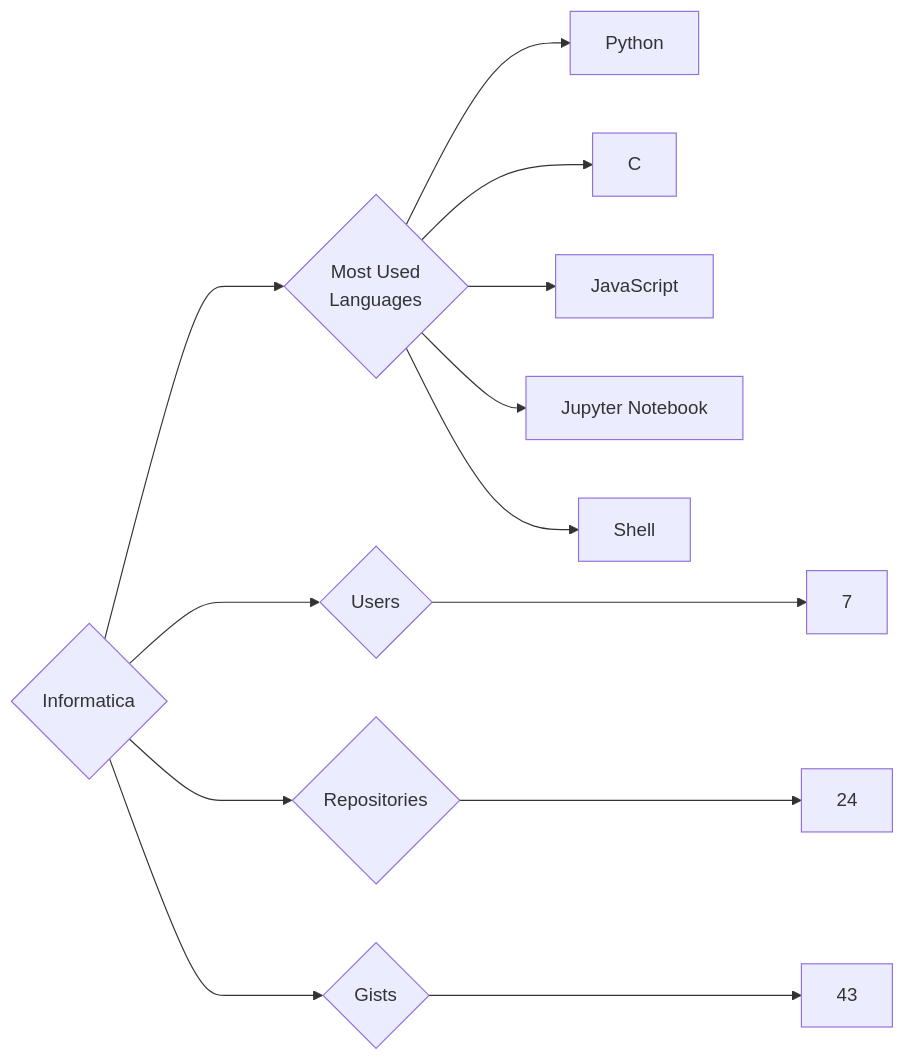
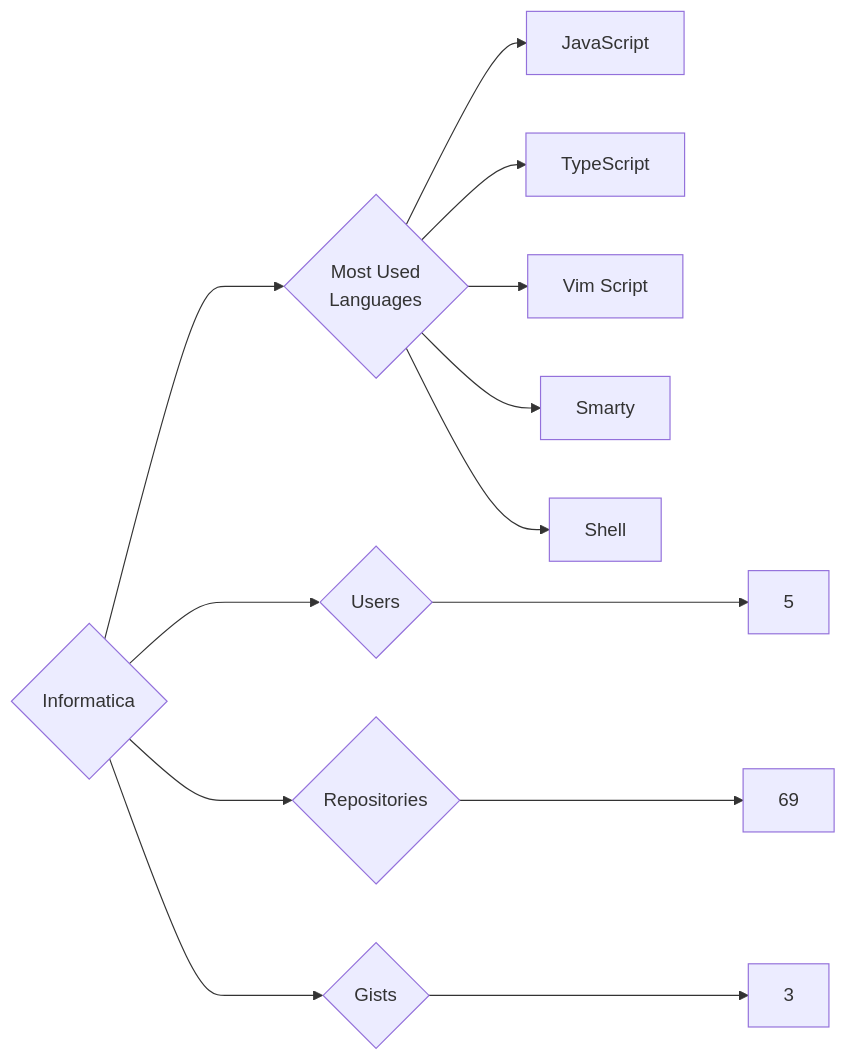
The diagram in targets/Informatica/README.md (trickest/insiders), drawn with Mermaid before and after one commit. The commit also changed 1007 other files, not shown here.

````diff
--- a/targets/Informatica/README.md
+++ b/targets/Informatica/README.md
@@ -3,13 +3,13 @@
 ```mermaid
 graph LR
 COMPANY_NAME{Informatica}
-COMPANY_NAME ---> U{Users} ---> UN[7]
-COMPANY_NAME ---> R{Repositories} ---> RN[24]
-COMPANY_NAME ---> G{Gists} ---> GN[43]
+COMPANY_NAME ---> U{Users} ---> UN[5]
+COMPANY_NAME ---> R{Repositories} ---> RN[69]
+COMPANY_NAME ---> G{Gists} ---> GN[3]
 COMPANY_NAME ---> ML{Most Used<br>Languages}
-ML --> Python[Python]
-ML --> C[C]
 ML --> JavaScript[JavaScript]
-ML --> Jupyter_Notebook[Jupyter Notebook]
+ML --> TypeScript[TypeScript]
+ML --> Vim_Script[Vim Script]
+ML --> Smarty[Smarty]
 ML --> Shell[Shell]
 ```
````
